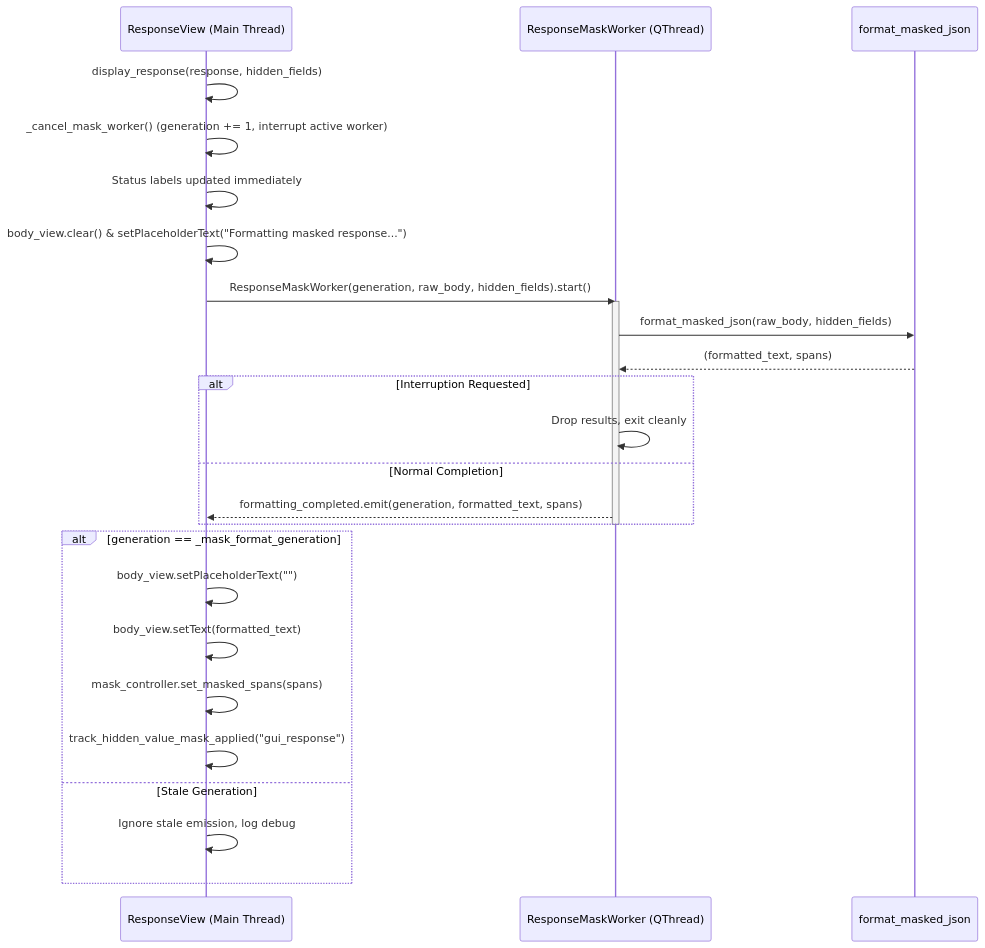
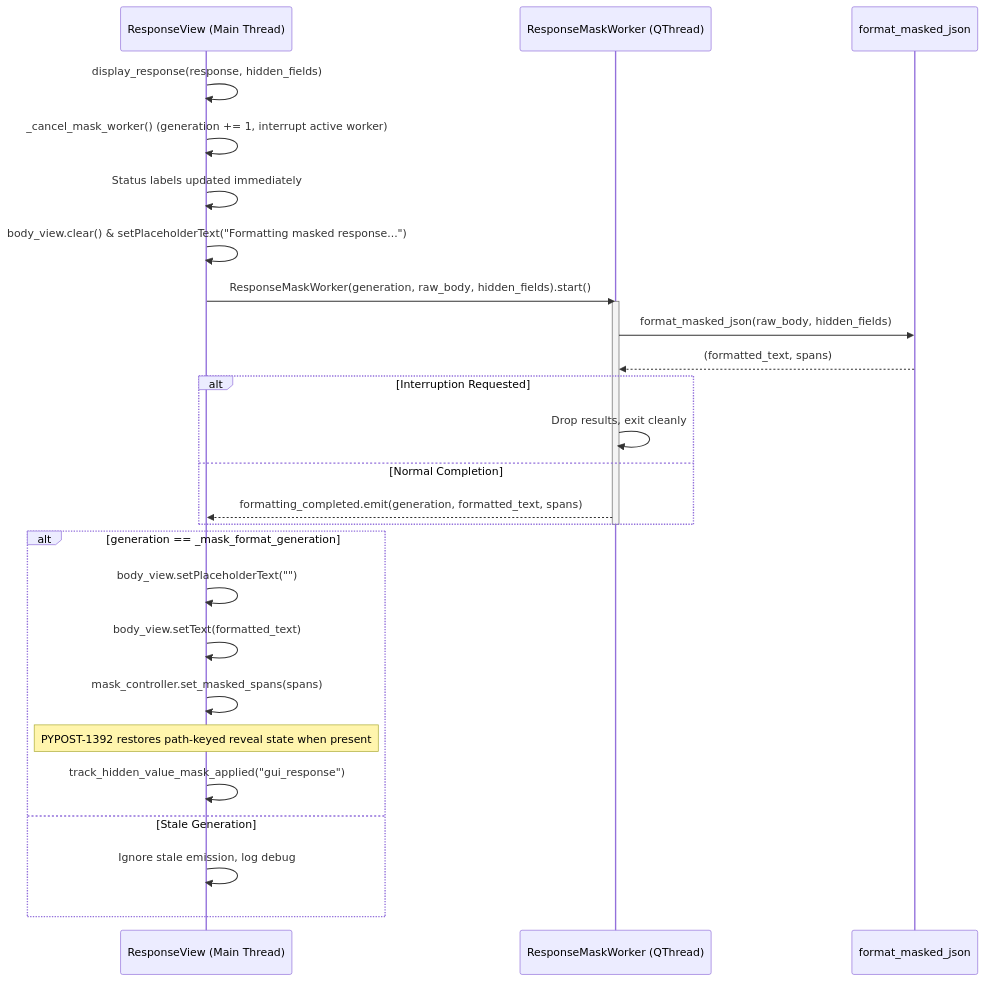
One commit to koctep/pypost changed the second of 2 diagrams in doc/dev/response_mask_worker.md. Above: the diagram before and after it, drawn with Mermaid. The commit also changed other lines of this file and 10 other files, not shown here.

First line of the commit message:
fix(ui): PYPOST-1392 Preserve reveal state across indent reformat

````diff
--- a/doc/dev/response_mask_worker.md
+++ b/doc/dev/response_mask_worker.md
@@ -133,32 +139,33 @@
 ```mermaid
 sequenceDiagram
     participant UI as ResponseView (Main Thread)
     participant Worker as ResponseMaskWorker (QThread)
     participant Engine as format_masked_json
 
     UI->>UI: display_response(response, hidden_fields)
     UI->>UI: _cancel_mask_worker() (generation += 1, interrupt active worker)
     UI->>UI: Status labels updated immediately
     UI->>UI: body_view.clear() & setPlaceholderText("Formatting masked response...")
     
     UI->>Worker: ResponseMaskWorker(generation, raw_body, hidden_fields).start()
     activate Worker
     Worker->>Engine: format_masked_json(raw_body, hidden_fields)
     Engine-->>Worker: (formatted_text, spans)
     
     alt Interruption Requested
         Worker->>Worker: Drop results, exit cleanly
     else Normal Completion
         Worker-->>UI: formatting_completed.emit(generation, formatted_text, spans)
     end
     deactivate Worker
 
     alt generation == _mask_format_generation
         UI->>UI: body_view.setPlaceholderText("")
         UI->>UI: body_view.setText(formatted_text)
         UI->>UI: mask_controller.set_masked_spans(spans)
+        Note over UI: PYPOST-1392 restores path-keyed reveal state when present
         UI->>UI: track_hidden_value_mask_applied("gui_response")
     else Stale Generation
         UI->>UI: Ignore stale emission, log debug
     end
 ```
````
